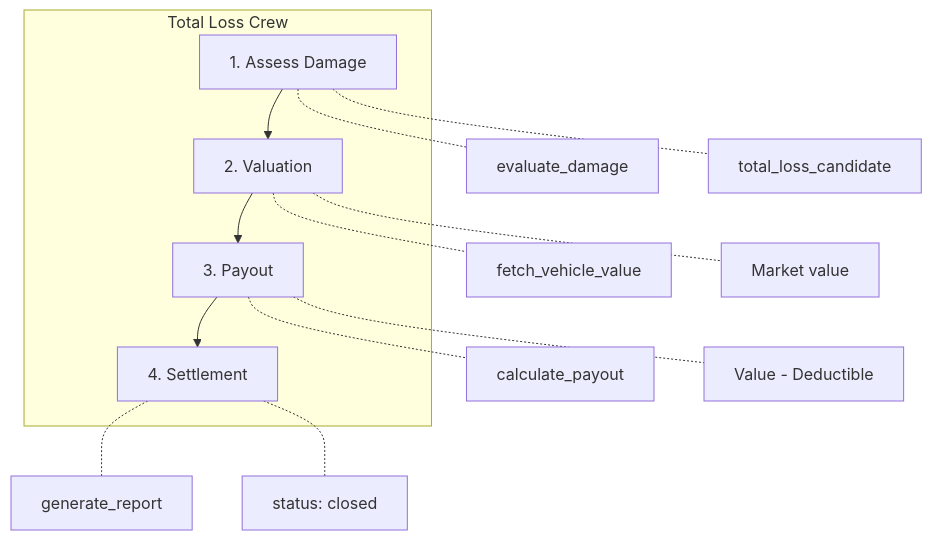
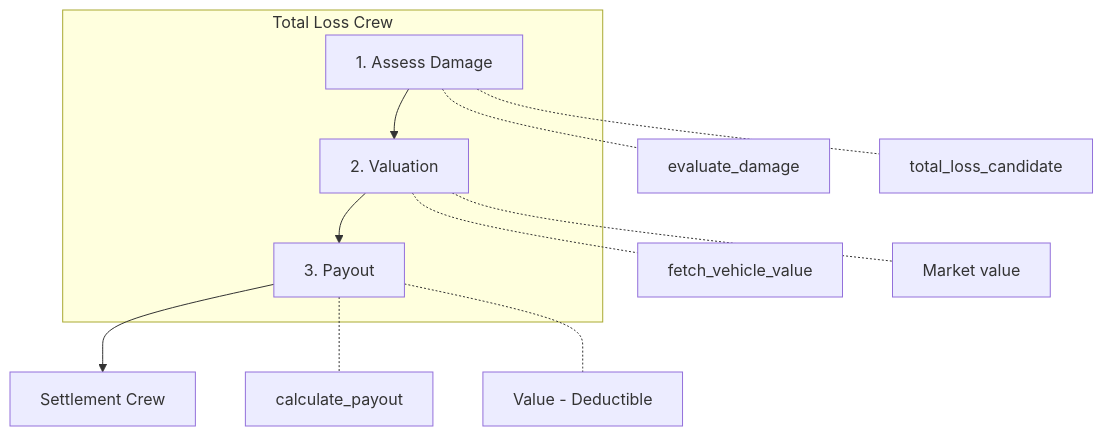
The fourth of 7 diagrams in docs/crews.md (csmangum/auto-agent), drawn with Mermaid before and after one commit. The commit also changed other lines of this file and 28 other files, not shown here.

Commit message:
Add shared settlement crew workflow

````diff
--- a/docs/crews.md
+++ b/docs/crews.md
@@ -280,18 +280,16 @@
 ```mermaid
 flowchart TB
     subgraph TotalLoss["Total Loss Crew"]
-        A[1. Assess Damage] --> B[2. Valuation] --> C[3. Payout] --> D[4. Settlement]
+        A[1. Assess Damage] --> B[2. Valuation] --> C[3. Payout]
     end
+    C --> S[Settlement Crew]
     
     A -.- A1[evaluate_damage]
     A -.- A2[total_loss_candidate]
     
     B -.- B1[fetch_vehicle_value]
     B -.- B2[Market value]
     
     C -.- C1[calculate_payout]
     C -.- C2[Value - Deductible]
-    
-    D -.- D1[generate_report]
-    D -.- D2[status: closed]
 ```
````
